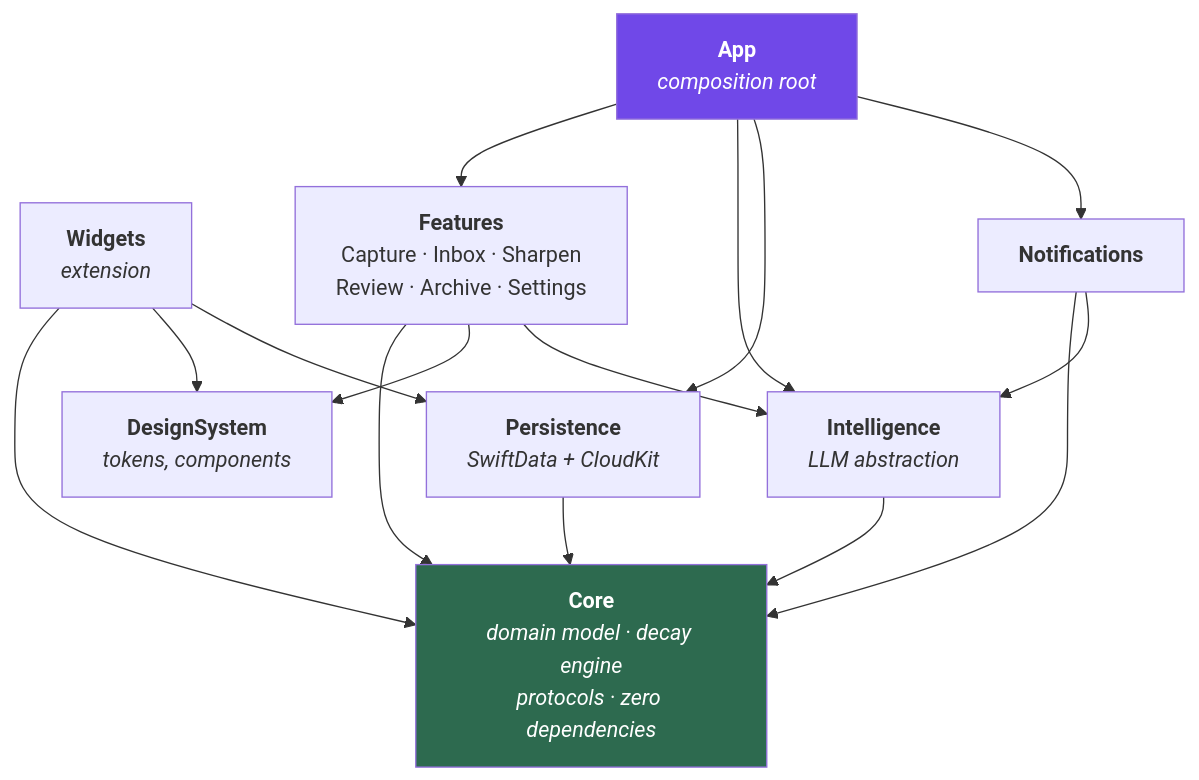
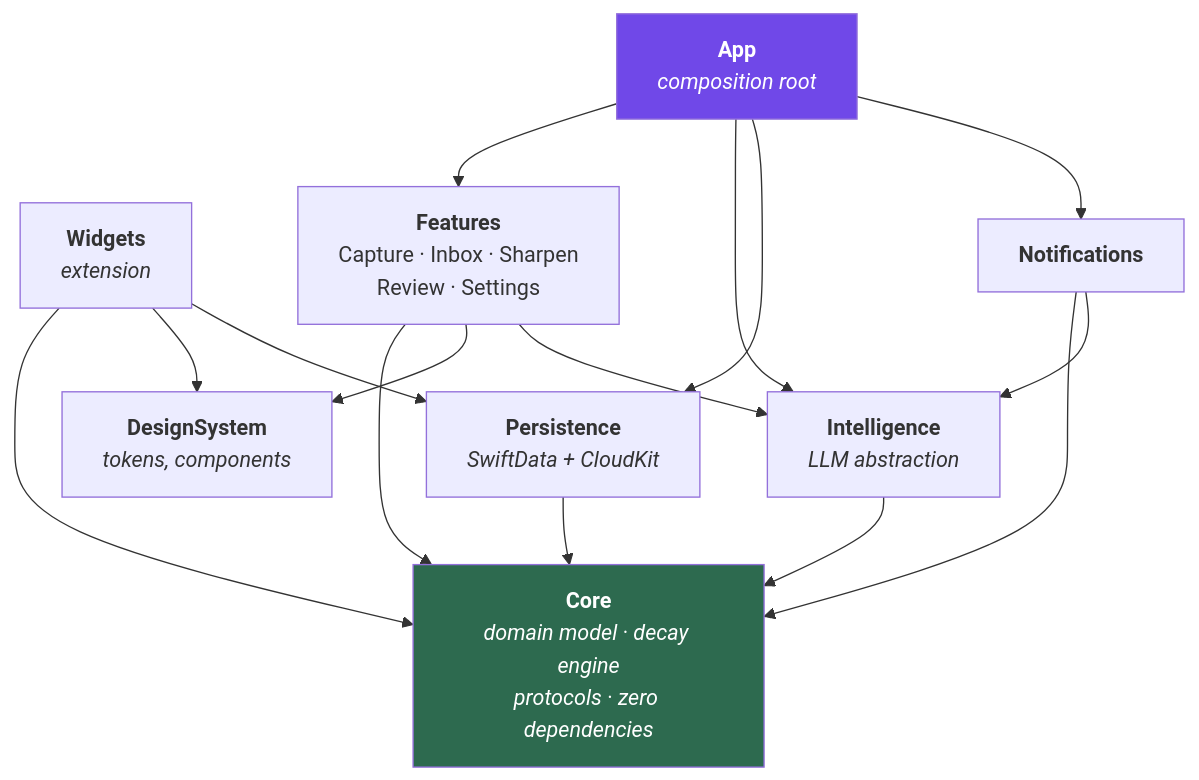
The second of 2 diagrams in README.md (Himir-Desai/Fleeting), drawn with Mermaid before and after one commit. The commit also changed other lines of this file and 2 other files, not shown here.

````diff
--- a/README.md
+++ b/README.md
@@ -182,21 +183,21 @@
 ```mermaid
 flowchart TD
     App["<b>App</b><br/><i>composition root</i>"]
     Widgets["<b>Widgets</b><br/><i>extension</i>"]
-    Feat["<b>Features</b><br/>Capture · Inbox · Sharpen<br/>Review · Archive · Settings"]
+    Feat["<b>Features</b><br/>Capture · Inbox · Sharpen<br/>Review · Settings"]
     DS["<b>DesignSystem</b><br/><i>tokens, components</i>"]
     Intel["<b>Intelligence</b><br/><i>LLM abstraction</i>"]
     Persist["<b>Persistence</b><br/><i>SwiftData + CloudKit</i>"]
     Notif["<b>Notifications</b>"]
     Core["<b>Core</b><br/><i>domain model · decay engine<br/>protocols · zero dependencies</i>"]
 
     App --> Feat & Intel & Persist & Notif
     Widgets --> Core & DS & Persist
     Feat --> Core & DS & Intel
     Intel --> Core
     Persist --> Core
     Notif --> Core & Intel
 
     style Core fill:#2d6a4f,color:#fff
     style App fill:#7048e8,color:#fff
 ```
````
